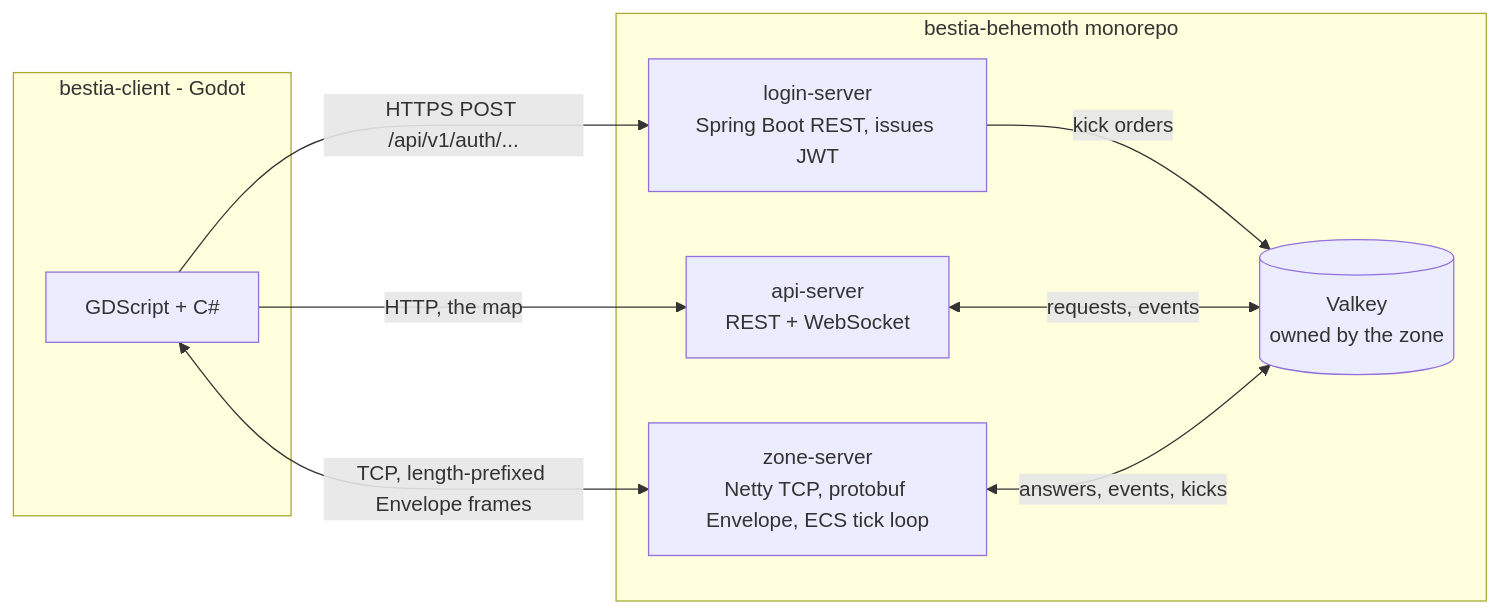
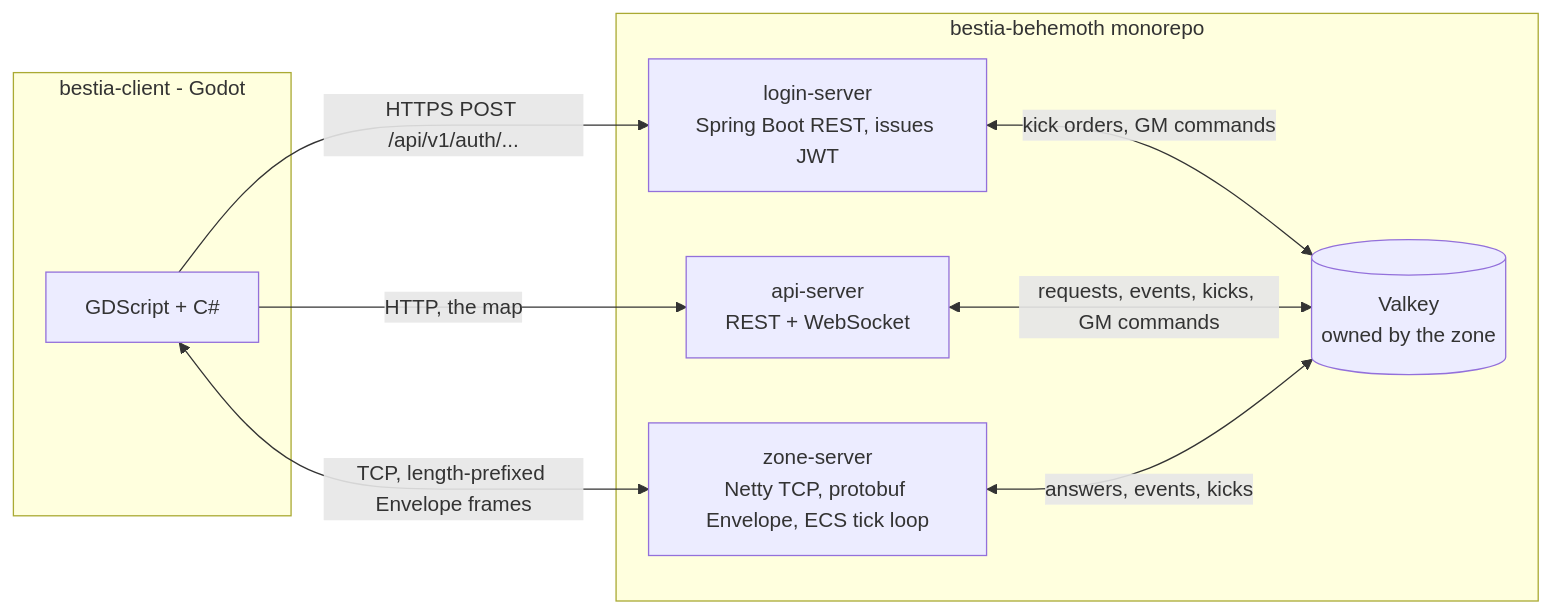
The diagram in content/docs/server/overview.md (tfelix/bestia-docs), drawn with Mermaid before and after one commit. The commit also changed other lines of this file and 4 other files, not shown here.

````diff
--- a/content/docs/server/overview.md
+++ b/content/docs/server/overview.md
@@ -18,20 +18,20 @@
 ```mermaid
 graph LR
   subgraph Client [bestia-client - Godot]
     C[GDScript + C#]
   end
 
   subgraph Backend [bestia-behemoth monorepo]
     LOGIN["login-server<br/>Spring Boot REST, issues JWT"]
     ZONE["zone-server<br/>Netty TCP, protobuf Envelope, ECS tick loop"]
     API["api-server<br/>REST + WebSocket"]
     V[("Valkey<br/>owned by the zone")]
   end
 
   C -- "HTTPS POST /api/v1/auth/..." --> LOGIN
   C <-- "TCP, length-prefixed Envelope frames" --> ZONE
   C -- "HTTP, the map" --> API
-  LOGIN -- "kick orders" --> V
-  API <-- "requests, events" --> V
+  LOGIN <-- "kick orders, GM commands" --> V
+  API <-- "requests, events, kicks, GM commands" --> V
   ZONE <-- "answers, events, kicks" --> V
 ```
````
